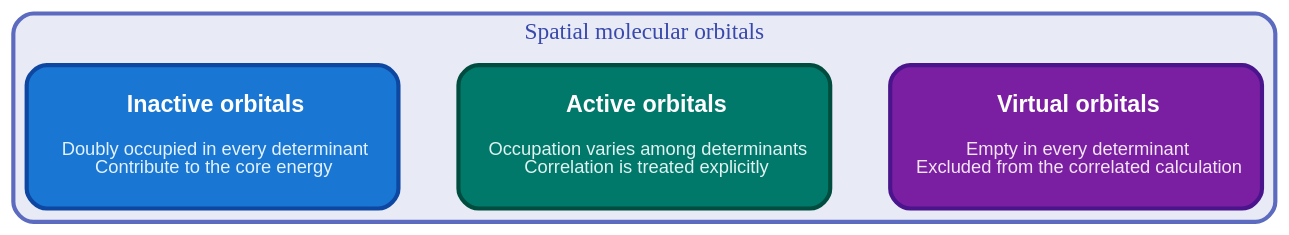
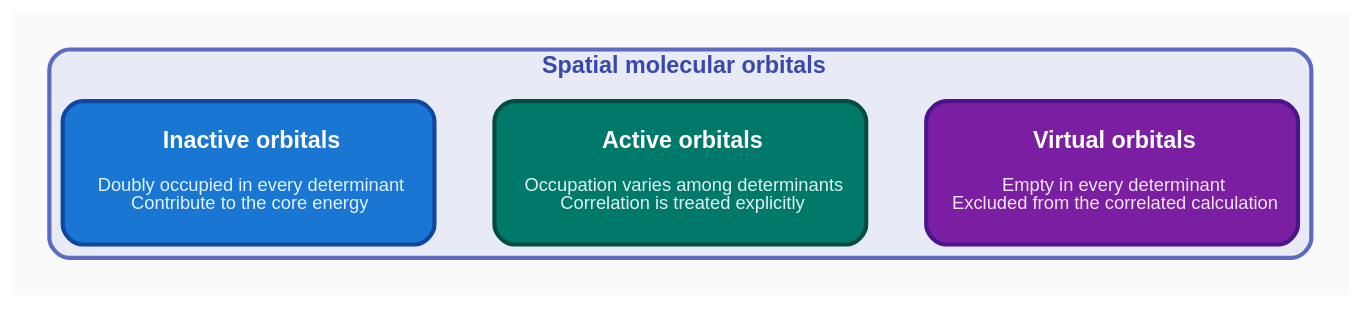
Before and after one commit to microsoft/qdk-chemistry: the diagram in docs/source/_static/diagrams/tutorial_qpe_orbital_partition.dot, drawn with Graphviz. The commit also changed 21 other files, not shown here.

```diff
--- a/docs/source/_static/diagrams/tutorial_qpe_orbital_partition.dot
+++ b/docs/source/_static/diagrams/tutorial_qpe_orbital_partition.dot
@@ -1,29 +1,29 @@
 digraph TutorialQpeOrbitalPartition {
     rankdir=LR;
     nodesep=0.45;
     overlap=false;
     pad=0.2;
-    bgcolor="transparent";
+    bgcolor="#FAFAFA";
 
     node [shape=box, style="rounded,filled", fontname="Arial", width=3.1, height=1.2, margin=0.2];
 
     subgraph cluster_orbitals {
-        label="Spatial molecular orbitals";
+        label=<<B>Spatial molecular orbitals</B>>;
         style="filled,rounded";
         fillcolor="#E8EAF6";
         color="#5C6BC0";
         penwidth=2.5;
         fontsize=14;
-        fontname="Arial Bold";
+        fontname="Arial";
         fontcolor="#3949AB";
         rank=same;
 
         Inactive [label=<<B>Inactive orbitals</B><BR/><BR/><FONT POINT-SIZE="11" COLOR="#E3F2FD">Doubly occupied in every determinant</FONT><BR/><FONT POINT-SIZE="11" COLOR="#E3F2FD">Contribute to the core energy</FONT>>, fillcolor="#1976D2", color="#0D47A1", penwidth=2.5, fontcolor="#FFFFFF"];
 
         Active [label=<<B>Active orbitals</B><BR/><BR/><FONT POINT-SIZE="11" COLOR="#E0F2F1">Occupation varies among determinants</FONT><BR/><FONT POINT-SIZE="11" COLOR="#E0F2F1">Correlation is treated explicitly</FONT>>, fillcolor="#00796B", color="#004D40", penwidth=2.5, fontcolor="#FFFFFF"];
 
         Virtual [label=<<B>Virtual orbitals</B><BR/><BR/><FONT POINT-SIZE="11" COLOR="#F3E5F5">Empty in every determinant</FONT><BR/><FONT POINT-SIZE="11" COLOR="#F3E5F5">Excluded from the correlated calculation</FONT>>, fillcolor="#7B1FA2", color="#4A148C", penwidth=2.5, fontcolor="#FFFFFF"];
 
         Inactive -> Active -> Virtual [style=invis, weight=10];
     }
 }
```
